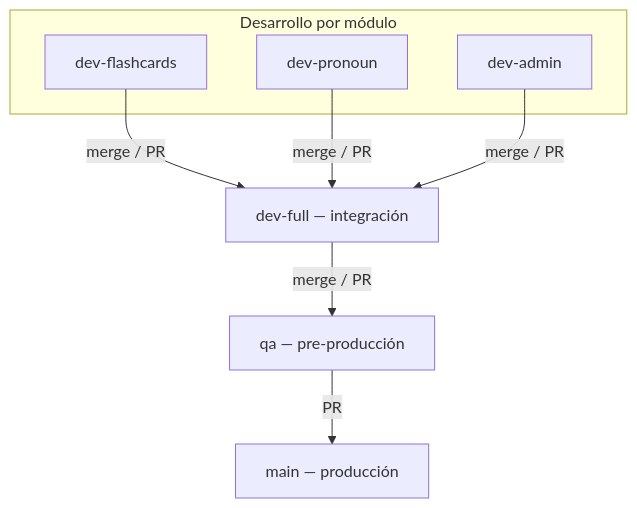
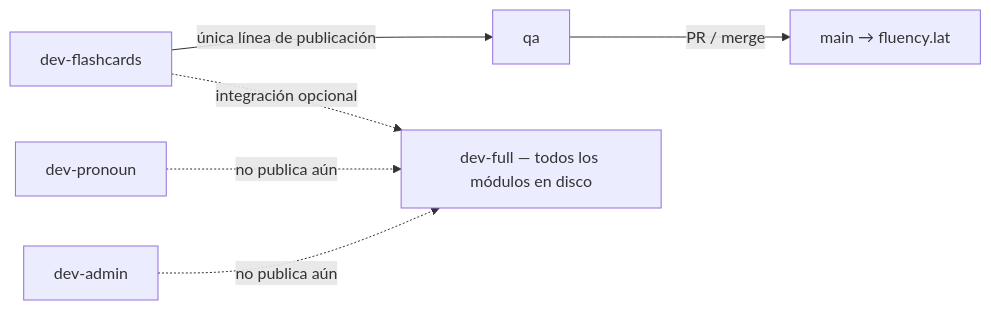
Before and after one commit to jcoronado1982/http-fluency.lat: the diagram in docs/GIT_BRANCHES.md, drawn with Mermaid. The commit also changed other lines of this file and 1 other file, not shown here.

First line of the commit message:
docs: clarify dev-flashcards-only publish path vs dev-full integration.

````diff
--- a/docs/GIT_BRANCHES.md
+++ b/docs/GIT_BRANCHES.md
@@ -12,17 +10,12 @@
 ```mermaid
-graph TB
-    subgraph dev_modular [Desarrollo por módulo]
-        DF[dev-flashcards]
-        DP[dev-pronoun]
-        DA[dev-admin]
-    end
-    FULL[dev-full — integración]
-    QA[qa — pre-producción]
-    MAIN[main — producción]
+graph LR
+    DF[dev-flashcards] -->|única línea de publicación| QA[qa]
+    QA -->|PR / merge| MAIN[main → fluency.lat]
+    FULL[dev-full — todos los módulos en disco]
+    DP[dev-pronoun]
+    DA[dev-admin]
 
-    DF -->|merge / PR| FULL
-    DP -->|merge / PR| FULL
-    DA -->|merge / PR| FULL
-    FULL -->|merge / PR| QA
-    QA -->|PR| MAIN
+    DF -.->|integración opcional| FULL
+    DP -.->|no publica aún| FULL
+    DA -.->|no publica aún| FULL
 ```
````
